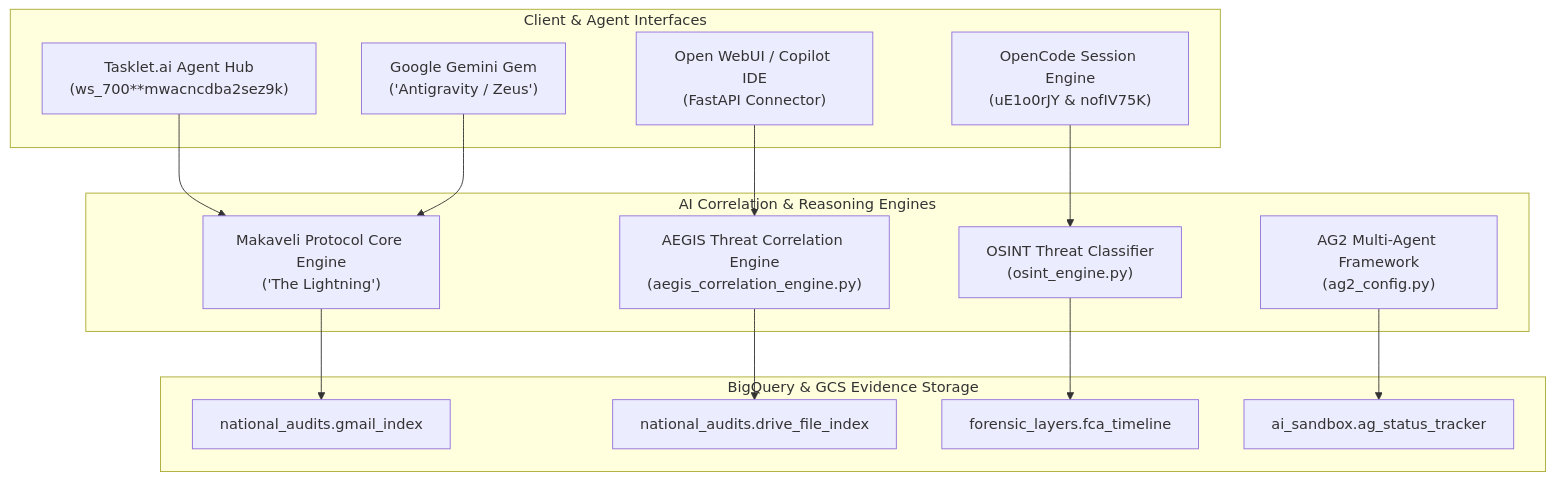
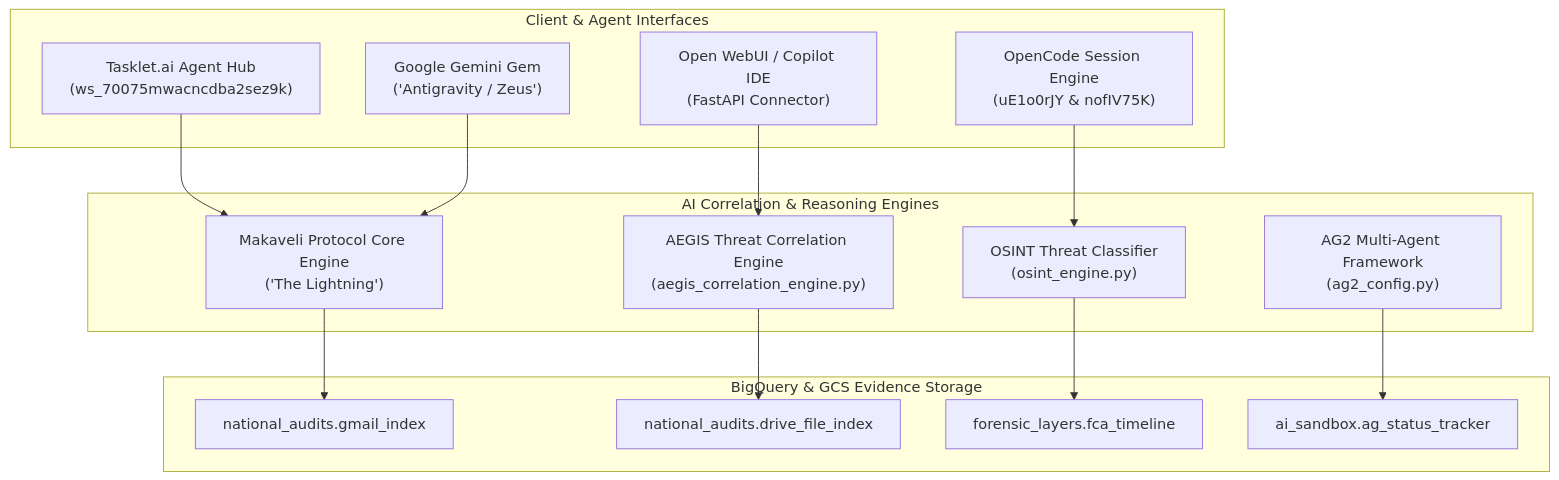
The diagram in public_export/AI_SYSTEMS_MASTER_EXTRACTION.md (Tonypost949/OsintNeoAi), drawn with Mermaid before and after one commit. The commit also changed 1052 other files, not shown here.

````diff
--- a/public_export/AI_SYSTEMS_MASTER_EXTRACTION.md
+++ b/public_export/AI_SYSTEMS_MASTER_EXTRACTION.md
@@ -14,32 +14,32 @@
 ```mermaid
 graph TD
     subgraph CLIENT_INTERFACE_LAYER["Client & Agent Interfaces"]
-        A1["Tasklet.ai Agent Hub<br>(ws_700**mwacncdba2sez9k)"]
+        A1["Tasklet.ai Agent Hub<br>(ws_70075mwacncdba2sez9k)"]
         A2["Google Gemini Gem<br>('Antigravity / Zeus')"]
         A3["Open WebUI / Copilot IDE<br>(FastAPI Connector)"]
         A4["OpenCode Session Engine<br>(uE1o0rJY & nofIV75K)"]
     end
 
     subgraph CORRELATION_ENGINE_LAYER["AI Correlation & Reasoning Engines"]
         B1["Makaveli Protocol Core Engine<br>('The Lightning')"]
         B2["AEGIS Threat Correlation Engine<br>(aegis_correlation_engine.py)"]
         B3["OSINT Threat Classifier<br>(osint_engine.py)"]
         B4["AG2 Multi-Agent Framework<br>(ag2_config.py)"]
     end
 
     subgraph DATA_INFRASTRUCTURE_LAYER["BigQuery & GCS Evidence Storage"]
         C1["national_audits.gmail_index"]
         C2["national_audits.drive_file_index"]
         C3["forensic_layers.fca_timeline"]
         C4["ai_sandbox.ag_status_tracker"]
     end
 
     A1 --> B1
     A2 --> B1
     A3 --> B2
     A4 --> B3
     B1 --> C1
     B2 --> C2
     B3 --> C3
     B4 --> C4
 ```
````
